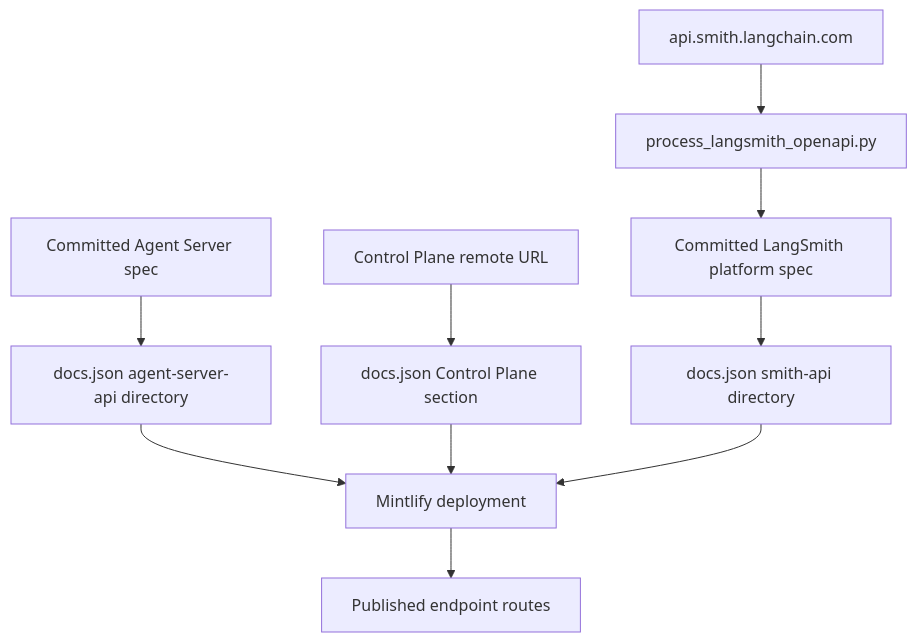
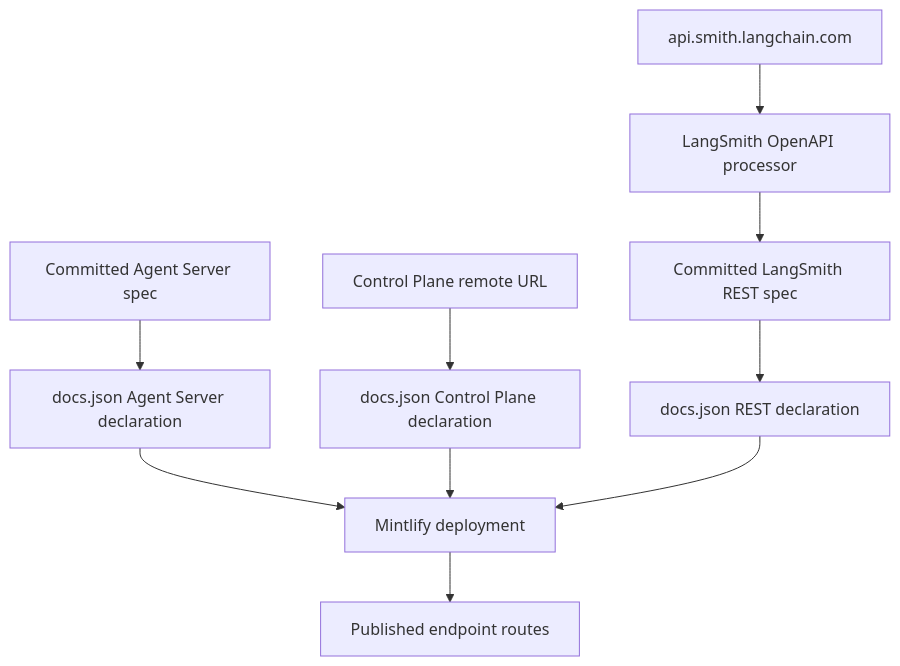
The second of 2 diagrams in openwiki/integrations/reference-docs.md (rishi-raj-jain/docs-1), drawn with Mermaid before and after one commit. The commit also changed other lines of this file and 48 other files, not shown here.

````diff
--- a/openwiki/integrations/reference-docs.md
+++ b/openwiki/integrations/reference-docs.md
@@ -114,12 +106,12 @@
 ```mermaid
 flowchart TD
-  AgentSpec["Committed Agent Server spec"] --> AgentConfig["docs.json agent-server-api directory"]
-  ControlSpec["Control Plane remote URL"] --> ControlConfig["docs.json Control Plane section"]
-  SmithService["api.smith.langchain.com"] --> Processor["process_langsmith_openapi.py"]
-  Processor --> SmithSpec["Committed LangSmith platform spec"]
-  SmithSpec --> SmithConfig["docs.json smith-api directory"]
+  AgentInput["Committed Agent Server spec"] --> AgentConfig["docs.json Agent Server declaration"]
+  ControlInput["Control Plane remote URL"] --> ControlConfig["docs.json Control Plane declaration"]
+  Service["api.smith.langchain.com"] --> Processor["LangSmith OpenAPI processor"]
+  Processor --> RestInput["Committed LangSmith REST spec"]
+  RestInput --> RestConfig["docs.json REST declaration"]
   AgentConfig --> Mintlify["Mintlify deployment"]
   ControlConfig --> Mintlify
-  SmithConfig --> Mintlify
+  RestConfig --> Mintlify
   Mintlify --> Routes["Published endpoint routes"]
 ```
````
